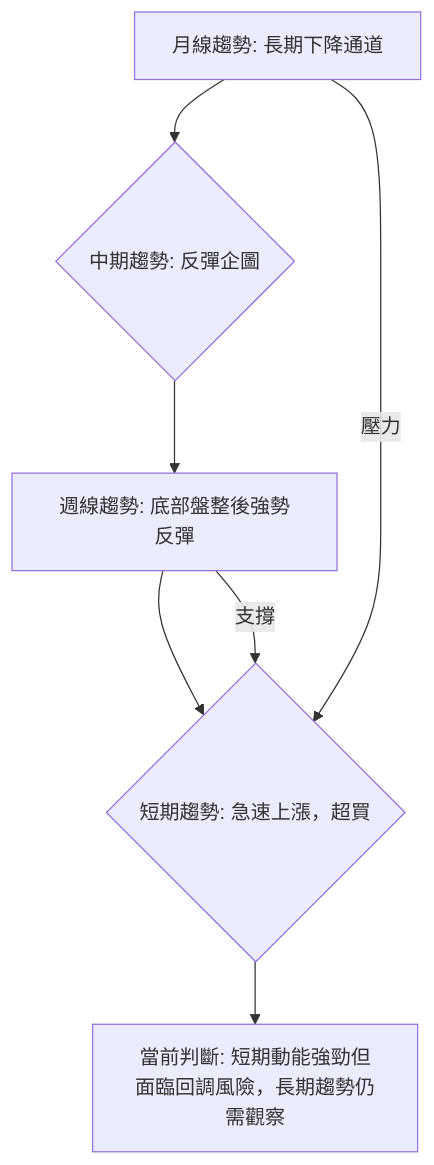
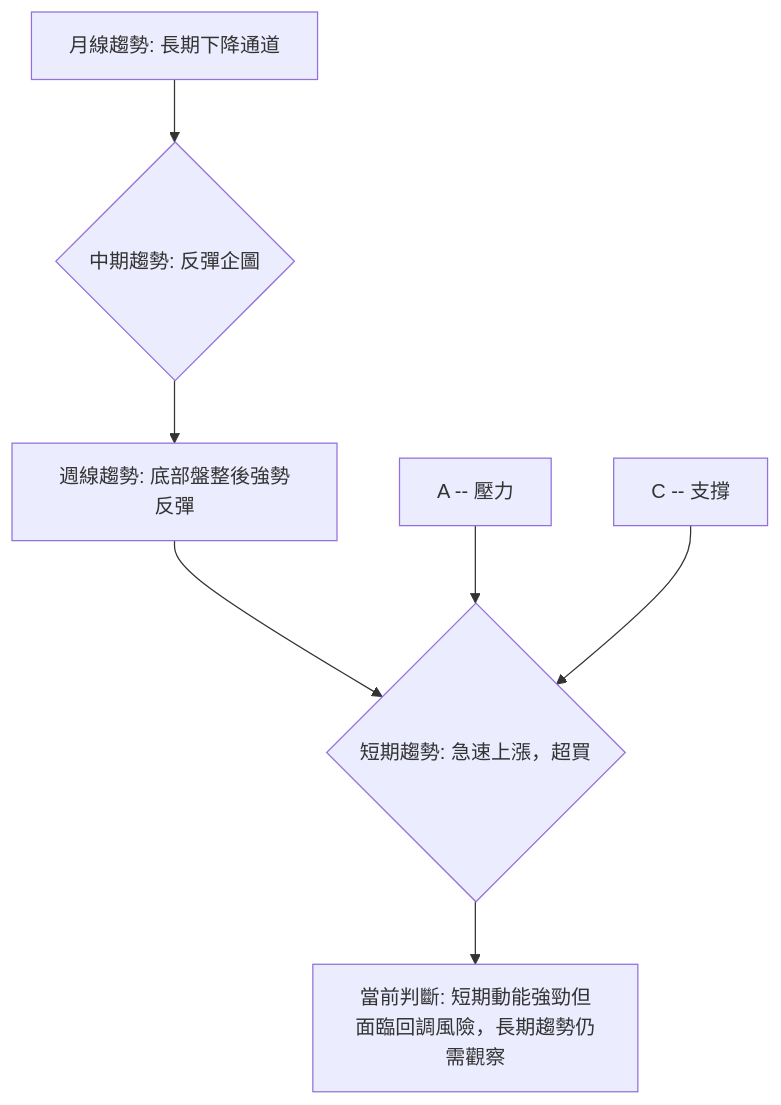
One commit to yennanliu/finance_data changed the second of 10 diagrams in ai_gen_report/stock/grab/technical_analysis_2026-07-05_gemini.md. Above: the diagram before and after it, drawn with Mermaid. The commit also changed other lines of this file and 2258 other files, not shown here.

First line of the commit message:
chore: backfill Mermaid syntax repair across existing reports

````diff
--- a/ai_gen_report/stock/grab/technical_analysis_2026-07-05_gemini.md
+++ b/ai_gen_report/stock/grab/technical_analysis_2026-07-05_gemini.md
@@ -114,9 +114,9 @@
 ```mermaid
 graph TD
-    A[月線趨勢: 長期下降通道] --> B{中期趨勢: 反彈企圖}
-    B --> C[週線趨勢: 底部盤整後強勢反彈]
-    C --> D{短期趨勢: 急速上漲，超買}
-    D --> E[當前判斷: 短期動能強勁但面臨回調風險，長期趨勢仍需觀察]
-    A -- 壓力 --> D
-    C -- 支撐 --> D
+    A["月線趨勢: 長期下降通道"] --> B{"中期趨勢: 反彈企圖"}
+    B --> C["週線趨勢: 底部盤整後強勢反彈"]
+    C --> D{"短期趨勢: 急速上漲，超買"}
+    D --> E["當前判斷: 短期動能強勁但面臨回調風險，長期趨勢仍需觀察"]
+    nb1["A -- 壓力"] --> D
+    nb2["C -- 支撐"] --> D
 ```
````
